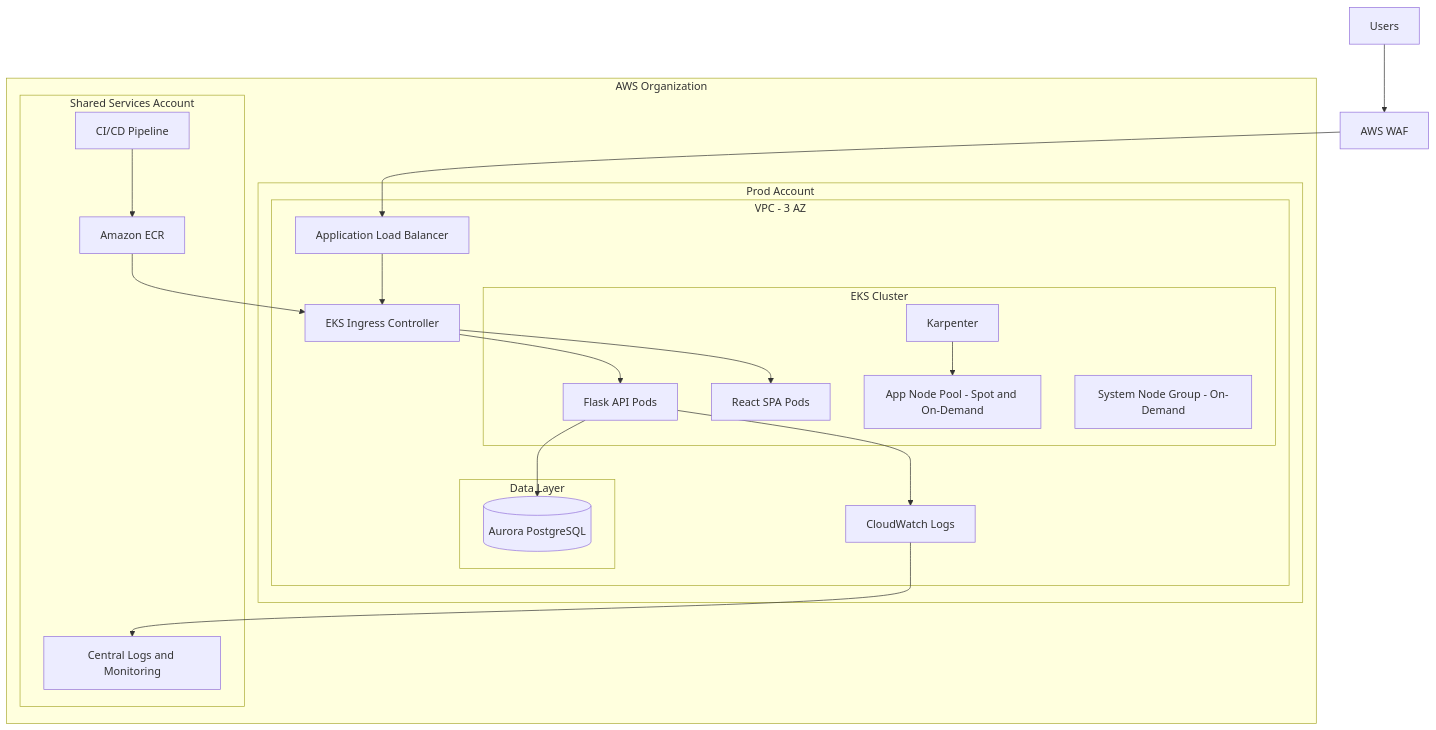
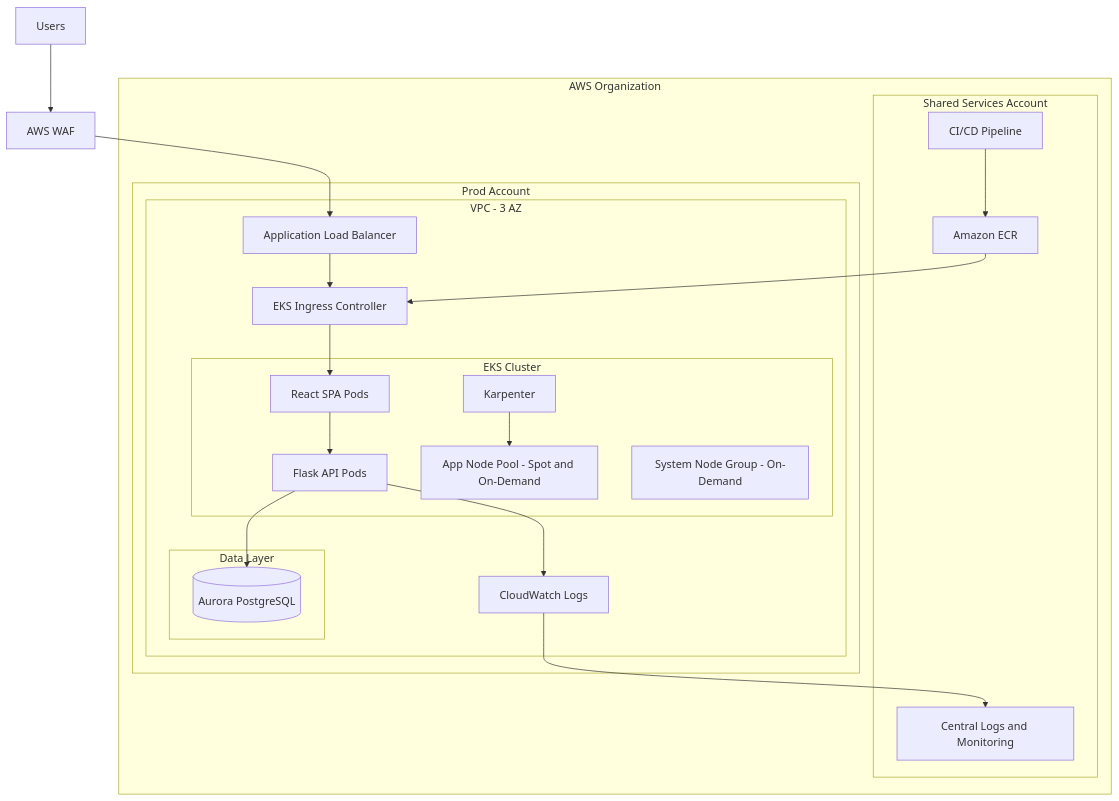
The diagram in architecture/README.md (gezim-tech/opsfleet), drawn with Mermaid before and after one commit. The commit also changed 1 other file, not shown here.

Commit message:
fix: improve diagram readability

````diff
--- a/architecture/README.md
+++ b/architecture/README.md
@@ -199,41 +199,41 @@
 ```mermaid
 flowchart TB
   U[Users] --> WAF[AWS WAF]
   WAF --> ALB[Application Load Balancer]
 
   subgraph ORG[AWS Organization]
     subgraph SHARED[Shared Services Account]
       CI[CI/CD Pipeline] --> ECR[Amazon ECR]
       LOGS[Central Logs and Monitoring]
     end
 
     subgraph PROD[Prod Account]
       subgraph VPC[VPC - 3 AZ]
         ALB --> ING[EKS Ingress Controller]
 
         subgraph EKS[EKS Cluster]
+          FE[React SPA Pods]
           API[Flask API Pods]
-          FE[React SPA Pods]
           KARP[Karpenter]
           APPN[App Node Pool - Spot and On-Demand]
           SYS[System Node Group - On-Demand]
         end
 
         subgraph DATA[Data Layer]
           DB[(Aurora PostgreSQL)]
         end
 
         CWL[CloudWatch Logs]
 
-        ING --> API
         ING --> FE
+        FE --> API
         API --> DB
         API --> CWL
         KARP --> APPN
       end
     end
 
     ECR --> ING
     CWL --> LOGS
   end
 ```
````
